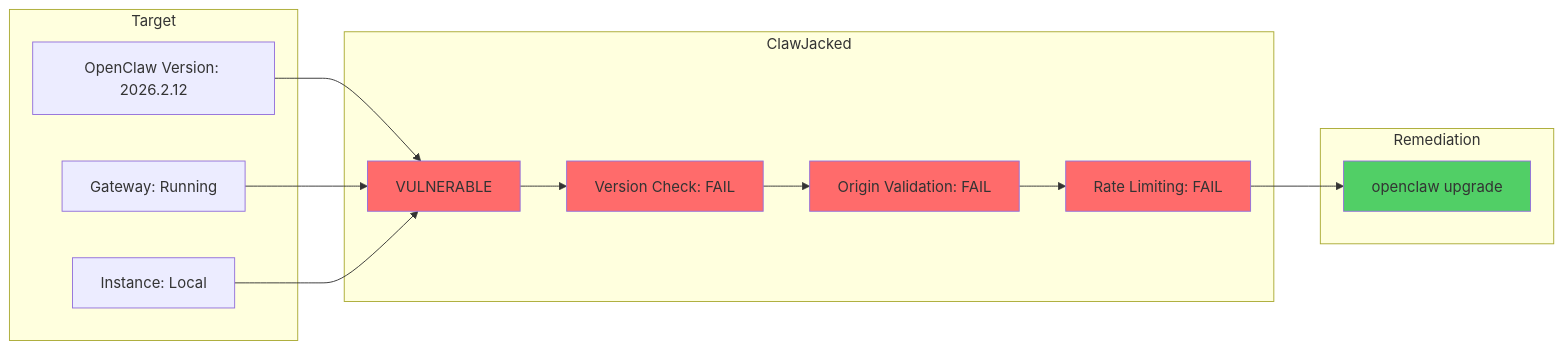
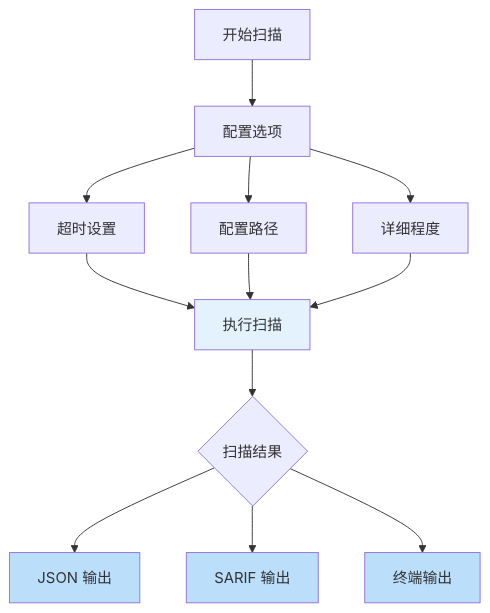
The sixth of 9 diagrams in README.md (ErinYu/clawcheck), drawn with Mermaid before and after one commit. The commit also changed other lines of this file, not shown here.

````diff
--- a/README.md
+++ b/README.md
@@ -88,33 +322,22 @@
 ```mermaid
-graph LR
-    subgraph Target
-        A[OpenClaw Version: 2026.2.12]
-        B[Gateway: Running]
-        C[Instance: Local]
-    end
+flowchart TD
+    A[开始扫描] --> B[配置选项]
 
-    subgraph ClawJacked
-        D[VULNERABLE]
-        E[Version Check: FAIL]
-        F[Origin Validation: FAIL]
-        G[Rate Limiting: FAIL]
-    end
+    B --> C[超时设置]
+    B --> D[配置路径]
+    B --> E[详细程度]
 
-    subgraph Remediation
-        H[openclaw upgrade]
-    end
+    C --> F[执行扫描]
+    D --> F
+    E --> F
 
-    A --> D
-    B --> D
-    C --> D
-    D --> E
-    E --> F
-    F --> G
-    G --> H
+    F --> G{扫描结果}
+    G --> H[JSON 输出]
+    G --> I[SARIF 输出]
+    G --> J[终端输出]
 
-    style D fill:#ff6b6b
-    style E fill:#ff6b6b
-    style F fill:#ff6b6b
-    style G fill:#ff6b6b
-    style H fill:#51cf66
+    style F fill:#e3f2fd
+    style H fill:#bbdefb
+    style I fill:#bbdefb
+    style J fill:#bbdefb
 ```
````
